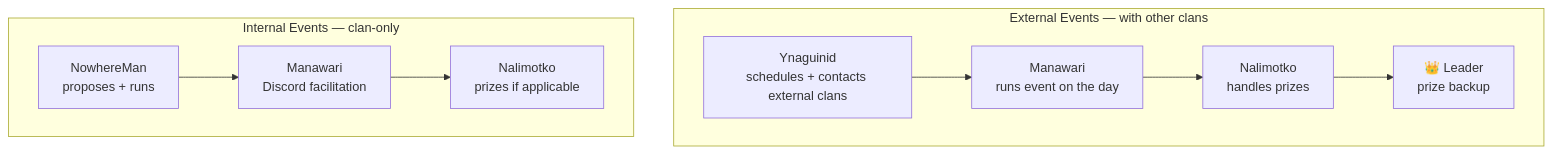
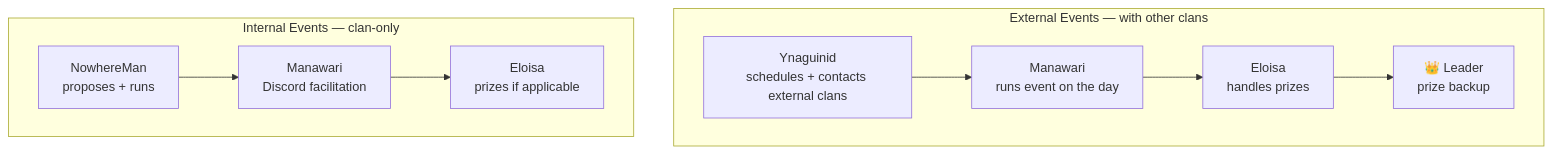
The third of 3 diagrams in OFFICERS.md (OMGTR-max/zeus-bot), drawn with Mermaid before and after one commit. The commit also changed other lines of this file and 1 other file, not shown here.

First line of the commit message:
Swap Nalimotko → Eloisa as Tier 3 Event Prize Coordinator (#17)

````diff
--- a/OFFICERS.md
+++ b/OFFICERS.md
@@ -144,17 +144,17 @@
 ```mermaid
 flowchart TD
     subgraph EXT[External Events — with other clans]
         E1[Ynaguinid<br/>schedules + contacts external clans]
         E2[Manawari<br/>runs event on the day]
-        E3[Nalimotko<br/>handles prizes]
+        E3[Eloisa<br/>handles prizes]
         E4[👑 Leader<br/>prize backup]
         E1 --> E2 --> E3 --> E4
     end
 
     subgraph INT[Internal Events — clan-only]
         I1[NowhereMan<br/>proposes + runs]
         I2[Manawari<br/>Discord facilitation]
-        I3[Nalimotko<br/>prizes if applicable]
+        I3[Eloisa<br/>prizes if applicable]
         I1 --> I2 --> I3
     end
 ```
````
